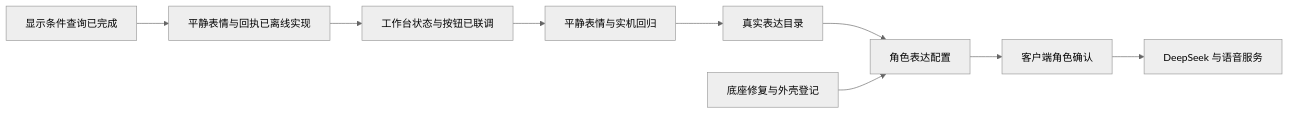
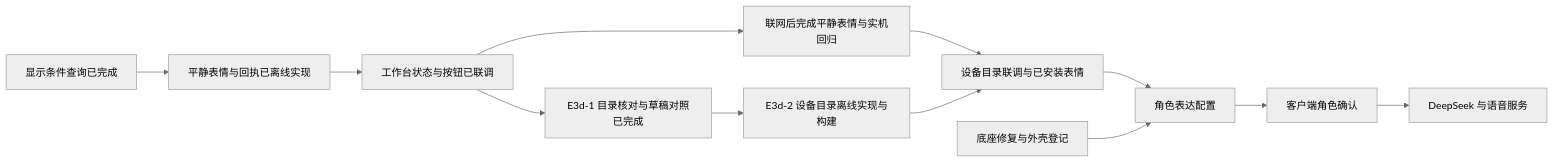
One commit to 404-NOT-FOUND-ERROR/DeskBot-Hardware changed the diagram in docs/development-pipeline-20261102.md. Above: the diagram before and after it, drawn with Mermaid (neutral theme). The commit also changed other lines of this file and 32 other files, not shown here.

````diff
--- a/docs/development-pipeline-20261102.md
+++ b/docs/development-pipeline-20261102.md
@@ -20,11 +20,14 @@
 ```mermaid
 flowchart LR
     A[显示条件查询已完成] --> B[平静表情与回执已离线实现]
     B --> C[工作台状态与按钮已联调]
-    C --> D[平静表情与实机回归]
-    D --> E[真实表达目录]
-    E --> F[角色表达配置]
+    C --> D[联网后完成平静表情与实机回归]
+    C --> J[E3d-1 目录核对与草稿对照已完成]
+    J --> E[E3d-2 设备目录离线实现与构建]
+    D --> K[设备目录联调与已安装表情]
+    E --> K
+    K --> F[角色表达配置]
     G[底座修复与外壳登记] --> F
     F --> H[客户端角色确认]
     H --> I[DeepSeek 与语音服务]
 ```
````
